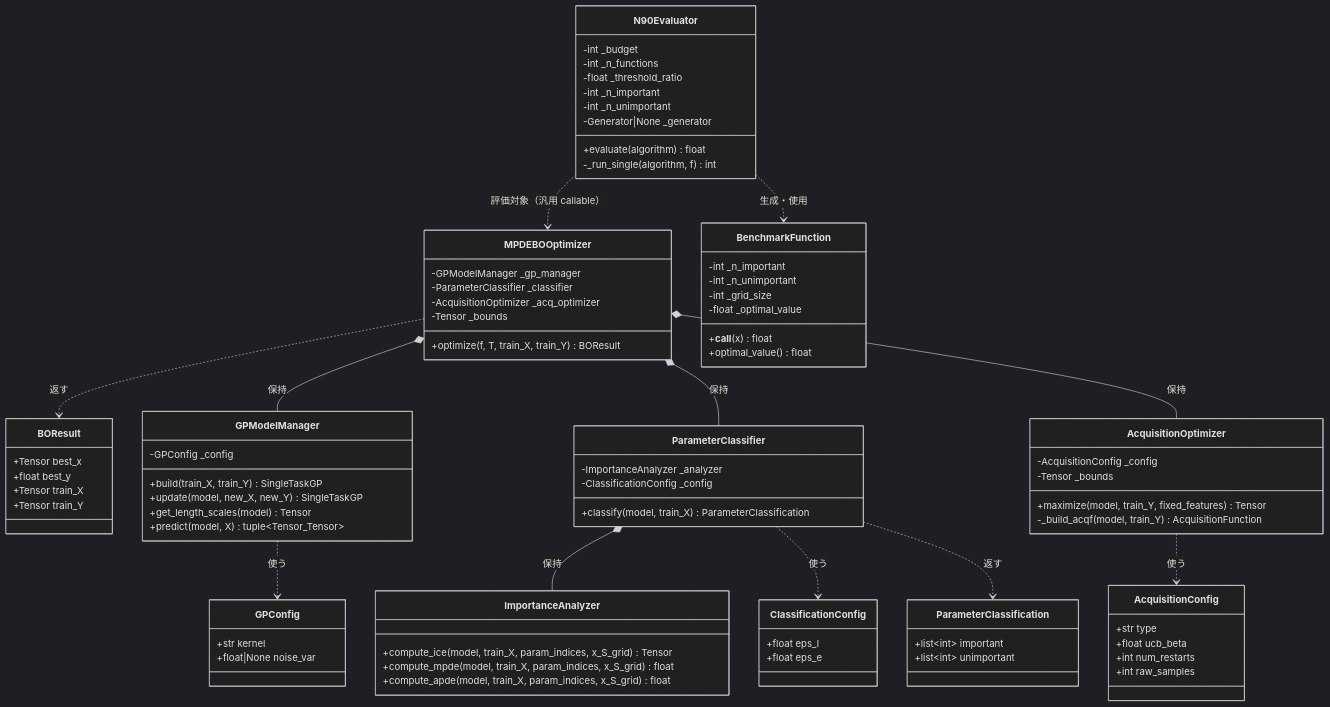
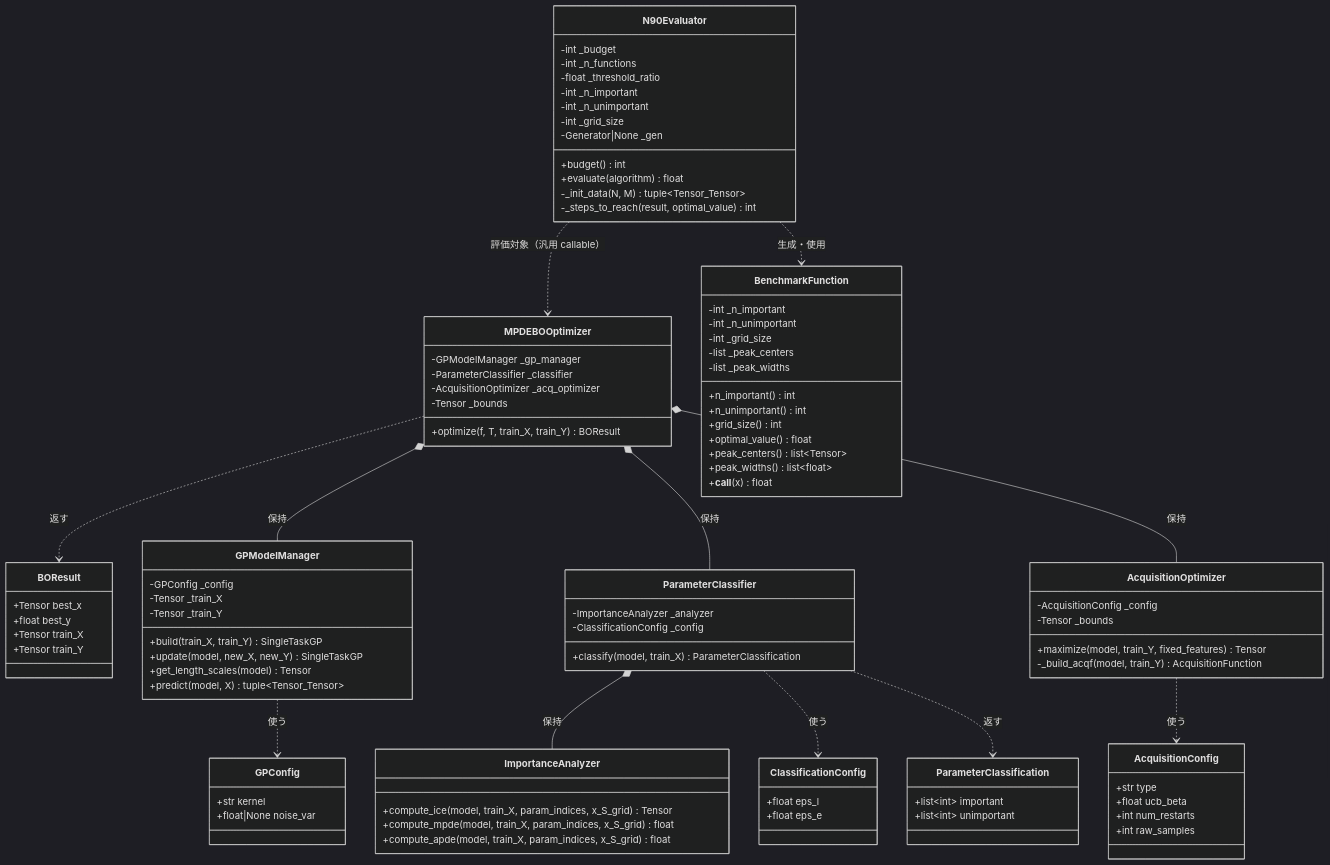
Before and after one commit to usha-takeshige/paper-implementations: the diagram in mpde-bo/doc/class_design.md, drawn with Mermaid (dark theme). The commit also changed other lines of this file and 1 other file, not shown here.

Commit message:
docs: fix inconsistencies between docs and implementation #8
test_cases.md:
- Fix test 8-6: eps_l=1e9 -> eps_l=1e-10 (direction was reversed)
- Update important_unimportant_data fixture: n=30 -> n=50
- Update classification_config fixture: eps_l=1.0 -> eps_l=5.0
- Fix test 4-3: "approx 0" -> "smaller than out-of-range points"

class_design.md:
- GPModelManager: add _train_X, _train_Y internal fields
- ParameterClassifier.classify: remove GPModelManager delegation,
  access lengthscale directly from model
- AcquisitionOptimizer.maximize: fixed_features_list -> fixed_features
- BenchmarkFunction: remove _optimal_value field, add peak_centers/peak_widths
- N90Evaluator: rename _run_single -> _steps_to_reach + _init_data,
  add _grid_size field and budget property

```diff
--- a/mpde-bo/doc/class_design.md
+++ b/mpde-bo/doc/class_design.md
@@ -73,6 +73,8 @@
 
     class GPModelManager {
         -GPConfig _config
+        -Tensor _train_X
+        -Tensor _train_Y
         +build(train_X, train_Y) SingleTaskGP
         +update(model, new_X, new_Y) SingleTaskGP
         +get_length_scales(model) Tensor
@@ -103,9 +105,15 @@
         -int _n_important
         -int _n_unimportant
         -int _grid_size
-        -float _optimal_value
+        -list _peak_centers
+        -list _peak_widths
+        +n_important() int
+        +n_unimportant() int
+        +grid_size() int
+        +optimal_value() float
+        +peak_centers() list~Tensor~
+        +peak_widths() list~float~
         +__call__(x) float
-        +optimal_value() float
     }
 
     class N90Evaluator {
@@ -114,9 +122,12 @@
         -float _threshold_ratio
         -int _n_important
         -int _n_unimportant
-        -Generator|None _generator
+        -int _grid_size
+        -Generator|None _gen
+        +budget() int
         +evaluate(algorithm) float
-        -_run_single(algorithm, f) int
+        -_init_data(N, M) tuple~Tensor_Tensor~
+        -_steps_to_reach(result, optimal_value) int
     }
 
     %% ── 依存関係 ──────────────────────────────────────────────
```
